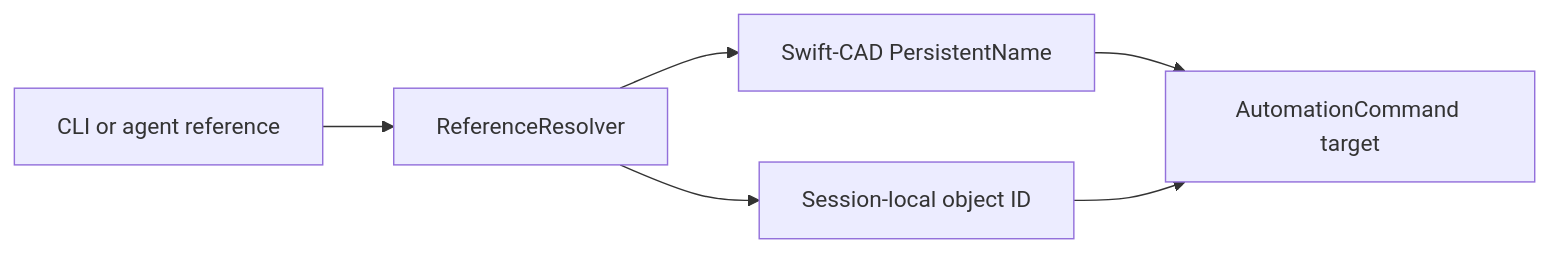
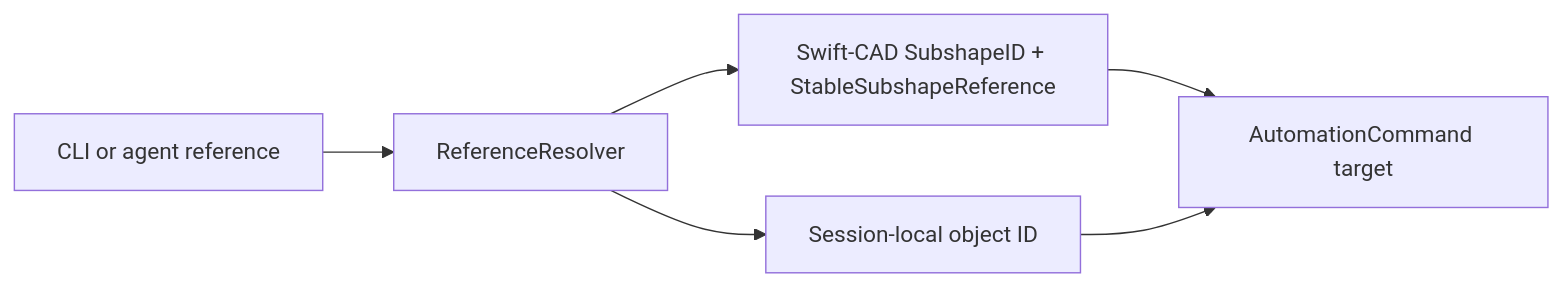
One commit to 1amageek/Rupa changed diagram 25 of 26 in Rupa/SPEC.md. Above: the diagram before and after it, drawn with Mermaid. The commit also changed other lines of this file and 234 other files, not shown here.

First line of the commit message:
Migrate RupaKit to stable-subshape identity and explicit tolerance

````diff
--- a/Rupa/SPEC.md
+++ b/Rupa/SPEC.md
@@ -1432,8 +1432,8 @@
 ```mermaid
 flowchart LR
     Input["CLI or agent reference"] --> Resolver["ReferenceResolver"]
-    Resolver --> Persistent["Swift-CAD PersistentName"]
+    Resolver --> Persistent["Swift-CAD SubshapeID + StableSubshapeReference"]
     Resolver --> Session["Session-local object ID"]
     Persistent --> Command["AutomationCommand target"]
     Session --> Command
 ```
````
